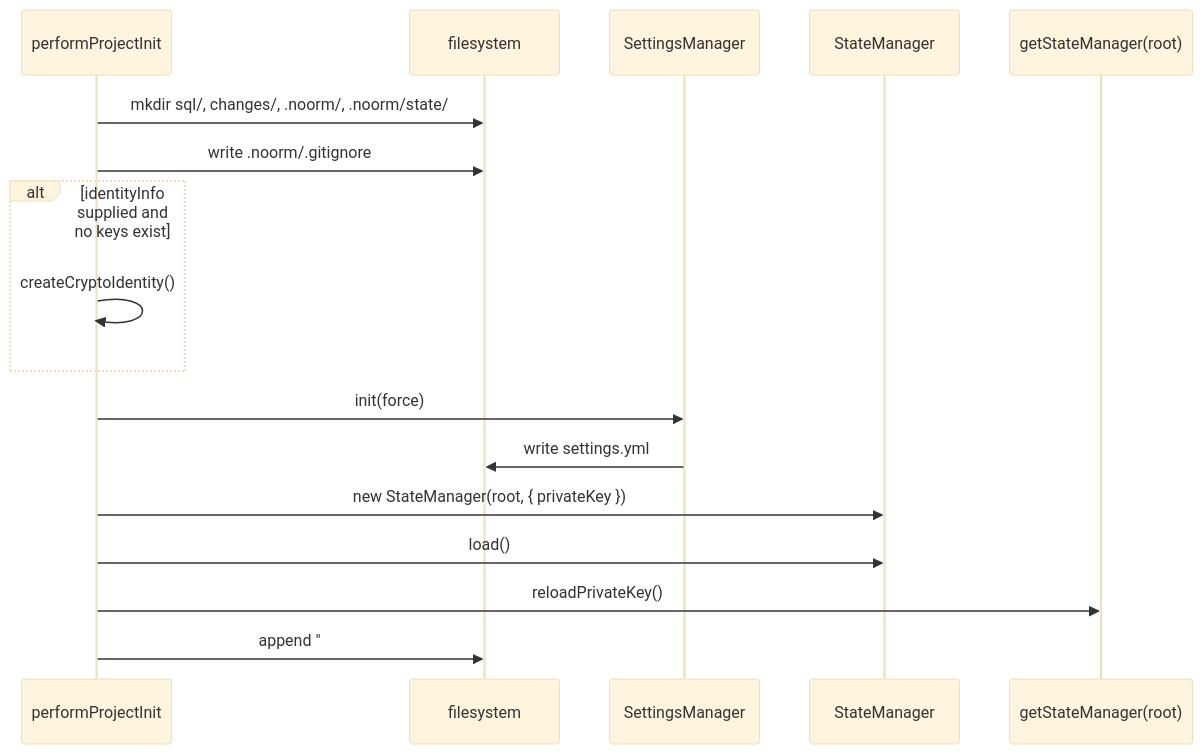
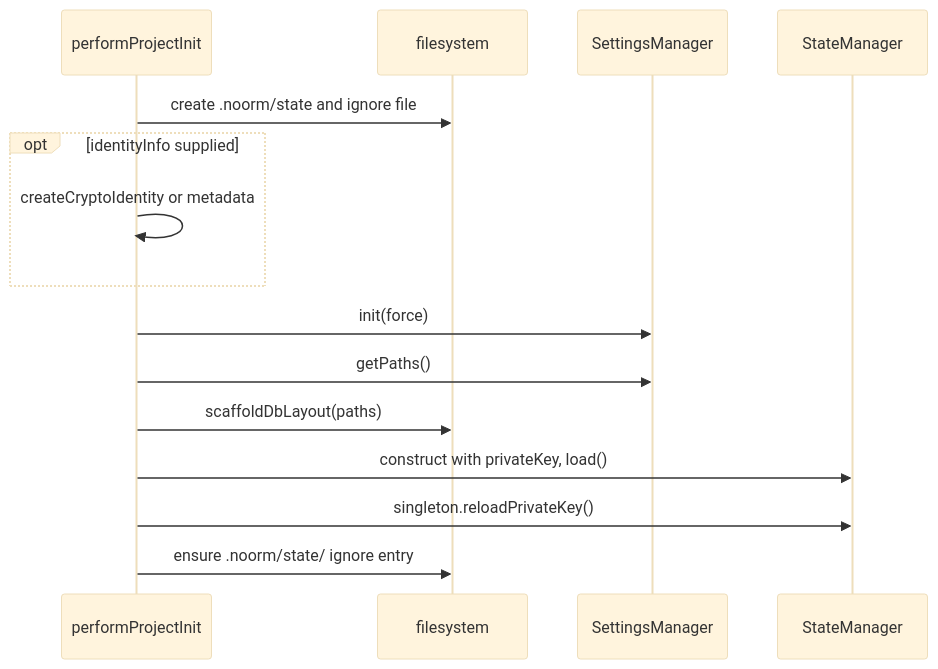
The third of 6 diagrams in docs/wiki/core-state.md (noormdev/noorm), drawn with Mermaid (base theme) before and after one commit. The commit also changed other lines of this file and 557 other files, not shown here.

````diff
--- a/docs/wiki/core-state.md
+++ b/docs/wiki/core-state.md
@@ -19,20 +114,18 @@
 ```mermaid
 sequenceDiagram
+    %% source: src/core/project-init.ts
     participant Init as performProjectInit
     participant FS as filesystem
     participant Settings as SettingsManager
     participant State as StateManager
-    participant Singleton as getStateManager(root)
-
-    Init->>FS: mkdir sql/, changes/, .noorm/, .noorm/state/
-    Init->>FS: write .noorm/.gitignore
-    alt identityInfo supplied and no keys exist
-        Init->>Init: createCryptoIdentity()
+    Init->>FS: create .noorm/state and ignore file
+    opt identityInfo supplied
+        Init->>Init: createCryptoIdentity or metadata
     end
     Init->>Settings: init(force)
-    Settings->>FS: write settings.yml
-    Init->>State: new StateManager(root, { privateKey })
-    Init->>State: load()
-    Init->>Singleton: reloadPrivateKey()
-    Init->>FS: append "# noorm" block to .gitignore
+    Init->>Settings: getPaths()
+    Init->>FS: scaffoldDbLayout(paths)
+    Init->>State: construct with privateKey, load()
+    Init->>State: singleton.reloadPrivateKey()
+    Init->>FS: ensure .noorm/state/ ignore entry
 ```
````
